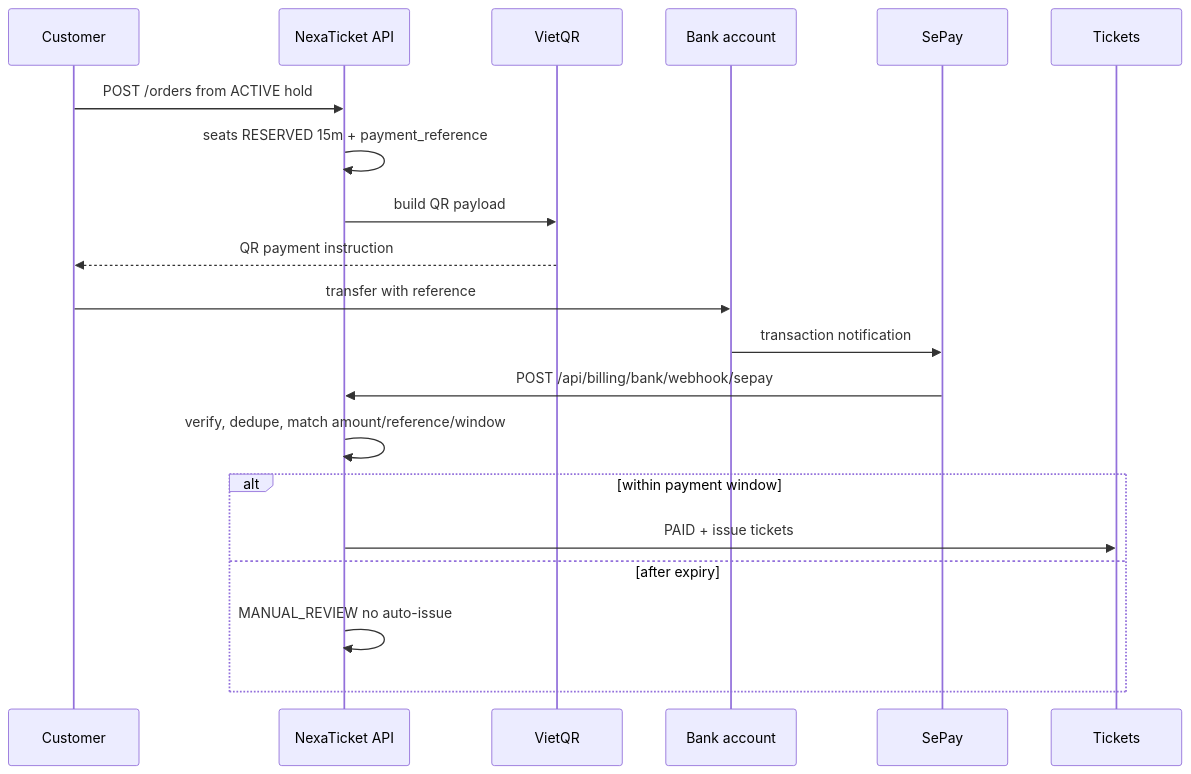
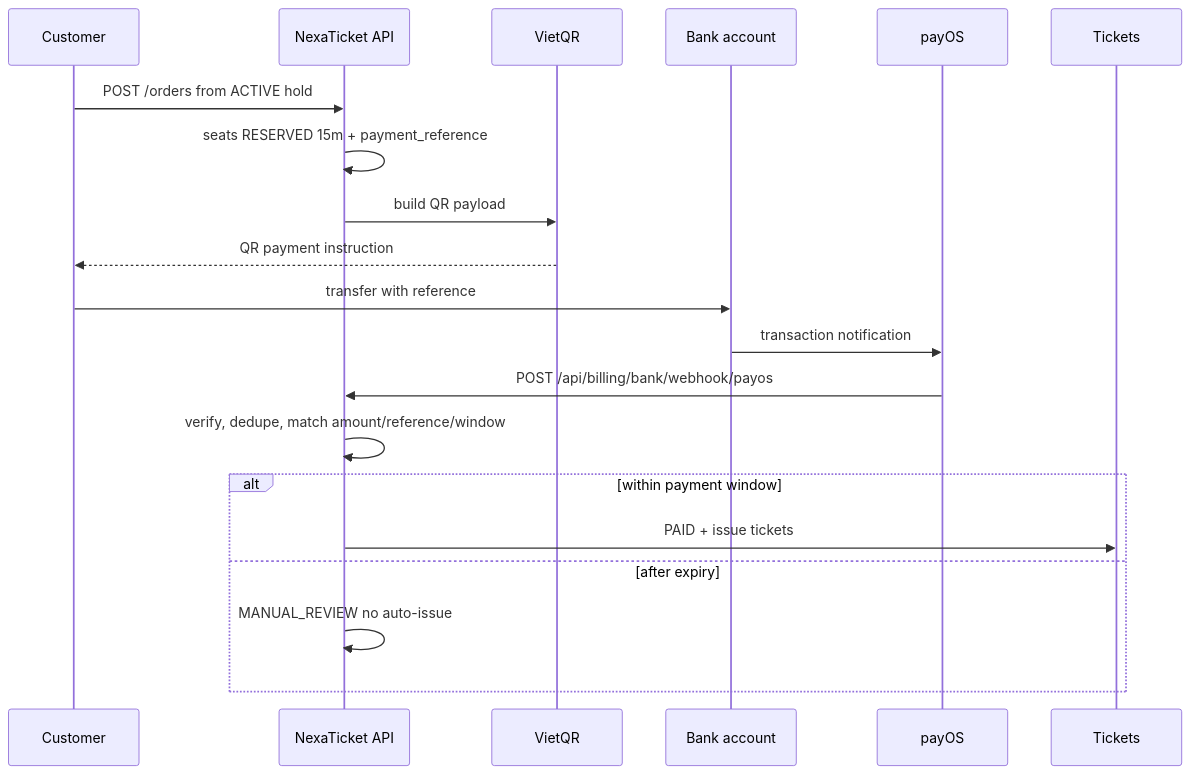
The diagram in docs/03-seat-checkout/diagrams/bank-transfer-sequence.mmd (uchihathien/Concert-Ticket-Platform), drawn with Mermaid before and after one commit. The commit also changed 83 other files, not shown here.

```diff
--- a/docs/03-seat-checkout/diagrams/bank-transfer-sequence.mmd
+++ b/docs/03-seat-checkout/diagrams/bank-transfer-sequence.mmd
@@ -1,20 +1,20 @@
 sequenceDiagram
   participant C as Customer
   participant A as NexaTicket API
   participant V as VietQR
   participant B as Bank account
-  participant S as SePay
+  participant S as payOS
   participant T as Tickets
   C->>A: POST /orders from ACTIVE hold
   A->>A: seats RESERVED 15m + payment_reference
   A->>V: build QR payload
   V-->>C: QR payment instruction
   C->>B: transfer with reference
   B->>S: transaction notification
-  S->>A: POST /api/billing/bank/webhook/sepay
+  S->>A: POST /api/billing/bank/webhook/payos
   A->>A: verify, dedupe, match amount/reference/window
   alt within payment window
     A->>T: PAID + issue tickets
   else after expiry
     A->>A: MANUAL_REVIEW no auto-issue
   end
```
